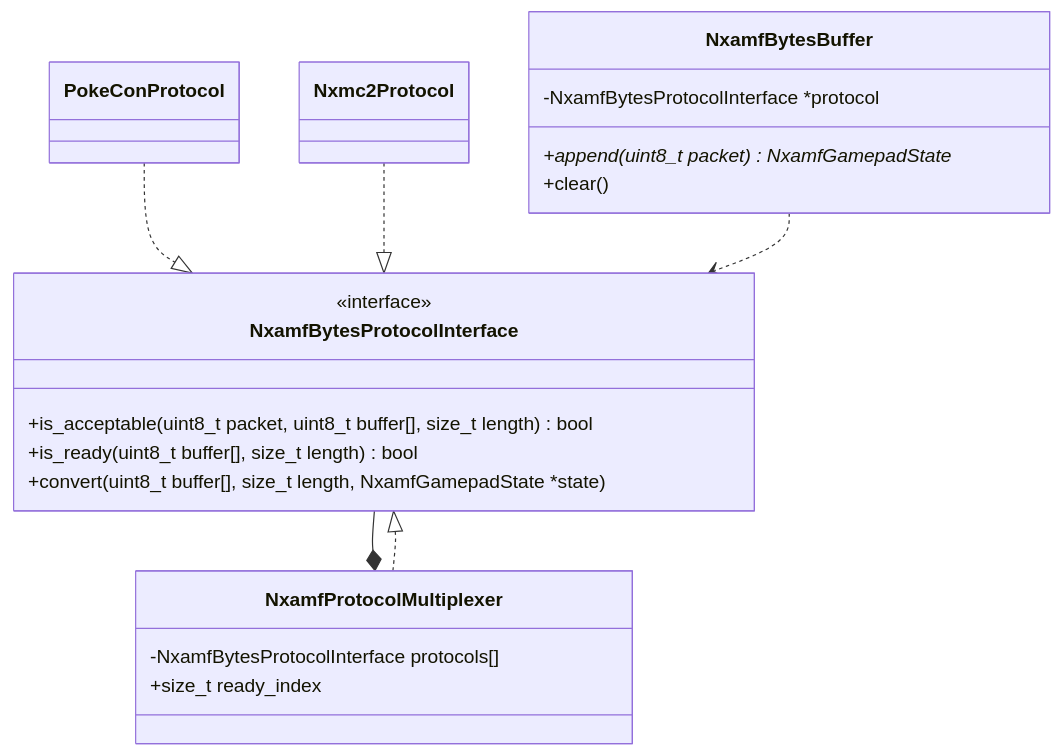
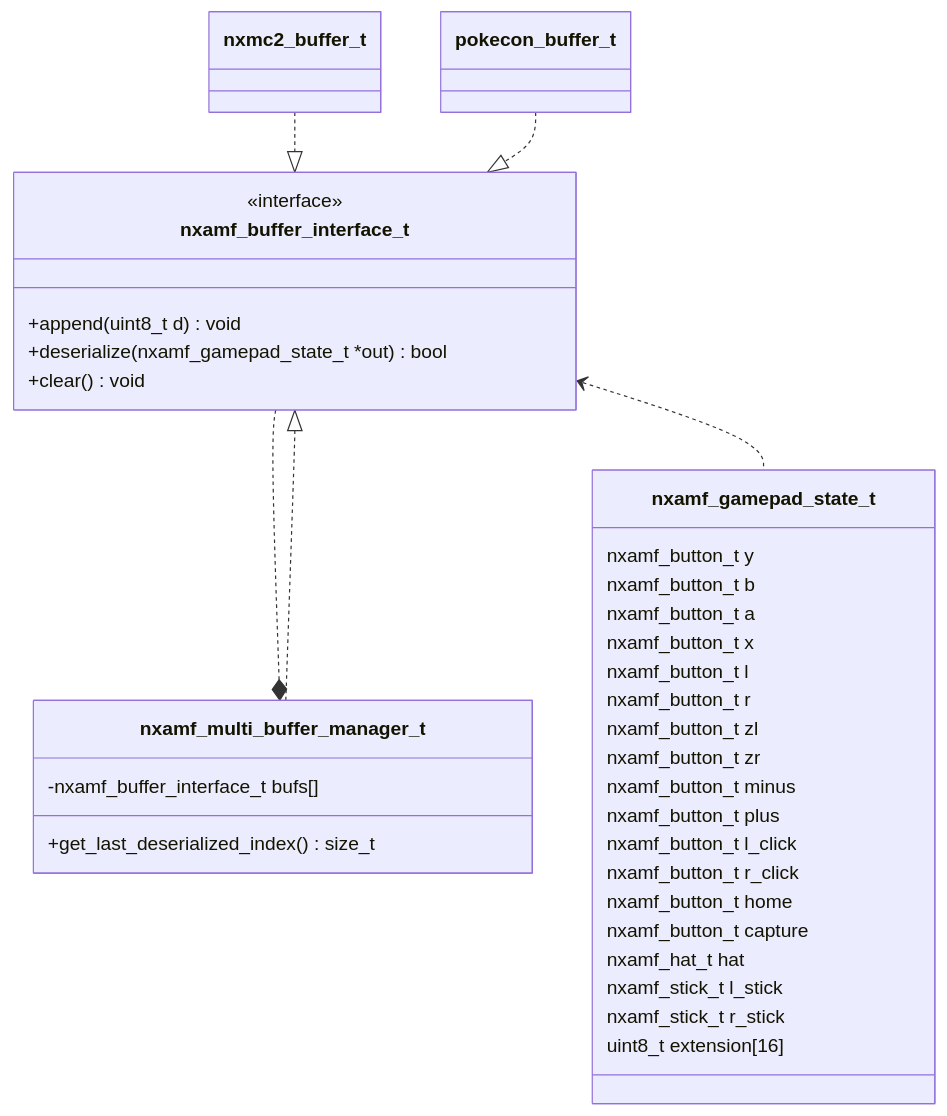
One commit to mizuyoukanao/nthaka-wiimote changed the diagram in README.md. Above: the diagram before and after it, drawn with Mermaid. The commit also changed other lines of this file and 10 other files, not shown here.

````diff
--- a/README.md
+++ b/README.md
@@ -21,28 +17,43 @@
 ```mermaid
 classDiagram
-  class NxamfBytesProtocolInterface
-  <<interface>>NxamfBytesProtocolInterface
-  NxamfBytesProtocolInterface : +is_acceptable(uint8_t packet, uint8_t buffer[], size_t length) bool
-  NxamfBytesProtocolInterface : +is_ready(uint8_t buffer[], size_t length) bool
-  NxamfBytesProtocolInterface : +convert(uint8_t buffer[], size_t length, NxamfGamepadState *state)
+  class nxamf_buffer_interface_t
+  <<interface>> nxamf_buffer_interface_t
+  nxamf_buffer_interface_t : +append(uint8_t d) void
+  nxamf_buffer_interface_t : +deserialize(nxamf_gamepad_state_t *out) bool
+  nxamf_buffer_interface_t : +clear() void
 
-  class PokeConProtocol
-  PokeConProtocol ..|> NxamfBytesProtocolInterface
+  class nxmc2_buffer_t
+  nxmc2_buffer_t ..|> nxamf_buffer_interface_t
 
-  class Nxmc2Protocol
-  Nxmc2Protocol ..|> NxamfBytesProtocolInterface
+  class pokecon_buffer_t
+  pokecon_buffer_t ..|> nxamf_buffer_interface_t
 
-  class NxamfProtocolMultiplexer
-  NxamfProtocolMultiplexer : -NxamfBytesProtocolInterface protocols[]
-  NxamfProtocolMultiplexer : +size_t ready_index
+  class nxamf_multi_buffer_manager_t
+  nxamf_multi_buffer_manager_t : -nxamf_buffer_interface_t bufs[]
+  nxamf_multi_buffer_manager_t : +get_last_deserialized_index() size_t
 
-  NxamfProtocolMultiplexer ..|> NxamfBytesProtocolInterface
-  NxamfBytesProtocolInterface --* NxamfProtocolMultiplexer
+  nxamf_multi_buffer_manager_t ..|> nxamf_buffer_interface_t
+  nxamf_buffer_interface_t ..* nxamf_multi_buffer_manager_t
 
-  class NxamfBytesBuffer
-  NxamfBytesBuffer : -NxamfBytesProtocolInterface *protocol
-  NxamfBytesBuffer : +append(uint8_t packet) NxamfGamepadState *
-  NxamfBytesBuffer : +clear()
+  class nxamf_gamepad_state_t
+  nxamf_gamepad_state_t : nxamf_button_t y
+  nxamf_gamepad_state_t : nxamf_button_t b
+  nxamf_gamepad_state_t : nxamf_button_t a
+  nxamf_gamepad_state_t : nxamf_button_t x
+  nxamf_gamepad_state_t : nxamf_button_t l
+  nxamf_gamepad_state_t : nxamf_button_t r
+  nxamf_gamepad_state_t : nxamf_button_t zl
+  nxamf_gamepad_state_t : nxamf_button_t zr
+  nxamf_gamepad_state_t : nxamf_button_t minus
+  nxamf_gamepad_state_t : nxamf_button_t plus
+  nxamf_gamepad_state_t : nxamf_button_t l_click
+  nxamf_gamepad_state_t : nxamf_button_t r_click
+  nxamf_gamepad_state_t : nxamf_button_t home
+  nxamf_gamepad_state_t : nxamf_button_t capture
+  nxamf_gamepad_state_t : nxamf_hat_t hat
+  nxamf_gamepad_state_t : nxamf_stick_t l_stick
+  nxamf_gamepad_state_t : nxamf_stick_t r_stick
+  nxamf_gamepad_state_t : uint8_t extension[16]
 
-  NxamfBytesBuffer ..> NxamfBytesProtocolInterface
+  nxamf_buffer_interface_t <.. nxamf_gamepad_state_t
 ```
````
